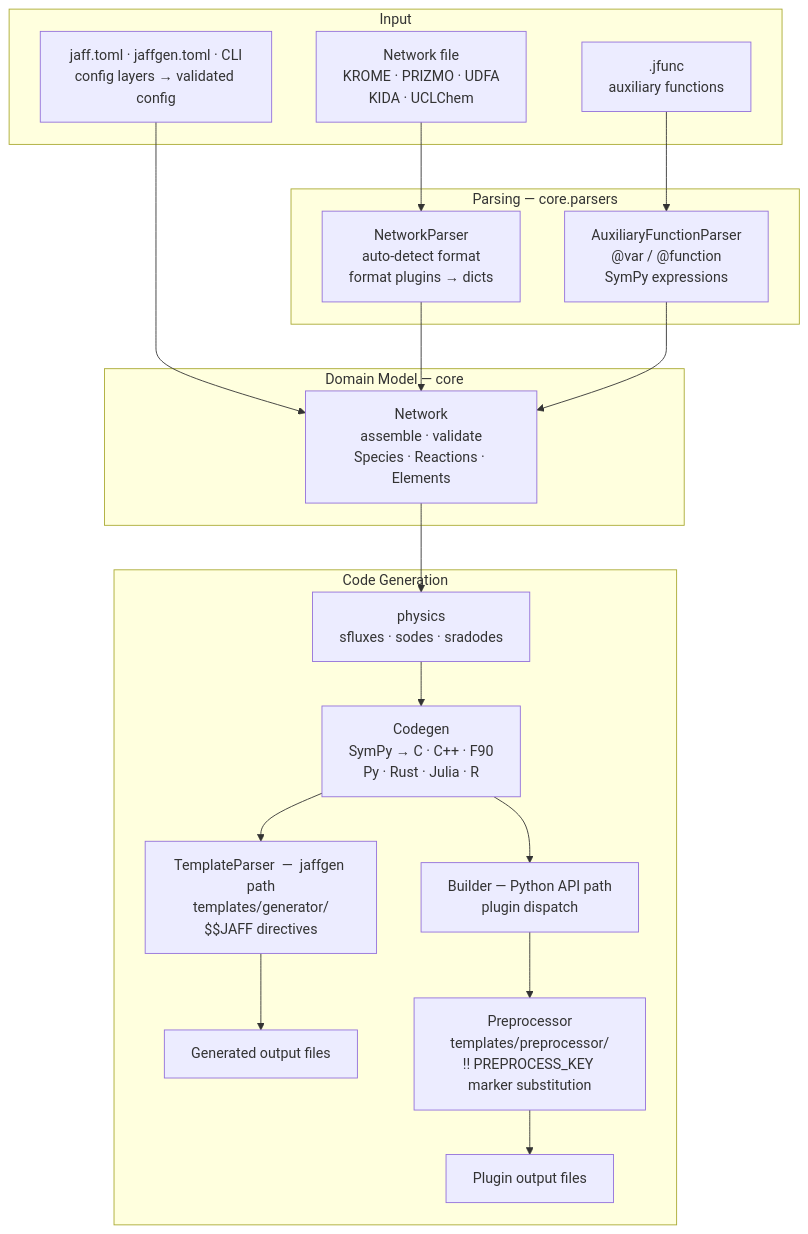
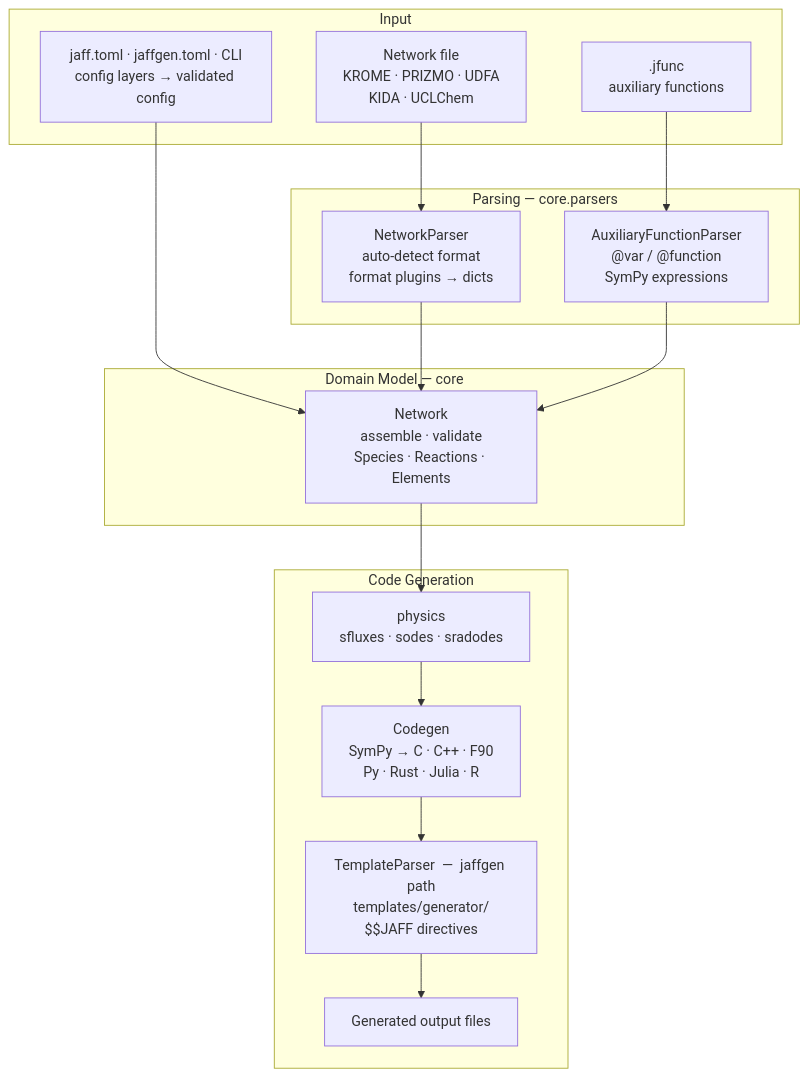
Before and after one commit to jaff-chemistry/jaff: the diagram in docs/development/codebase-structure.md, drawn with Mermaid. The commit also changed other lines of this file and 43 other files, not shown here.

Commit message:
Removed builder and preprocessor

````diff
--- a/docs/development/codebase-structure.md
+++ b/docs/development/codebase-structure.md
@@ -222,40 +214,36 @@
 ```mermaid
 %%{init: {"flowchart": {"useMaxWidth": false}}}%%
 flowchart TD
     subgraph input_sg ["Input"]
         NF["Network file\nKROME · PRIZMO · UDFA\nKIDA · UCLChem"]
         JF[".jfunc\nauxiliary functions"]
         CFG["jaff.toml · jaffgen.toml · CLI\nconfig layers → validated config"]
     end
 
     subgraph parse_sg ["Parsing  —  core.parsers"]
         NE["NetworkParser\nauto-detect format\nformat plugins → dicts"]
         AE["AuxiliaryFunctionParser\n@var / @function\nSymPy expressions"]
     end
 
     subgraph model_sg ["Domain Model  —  core"]
         NET["Network\nassemble · validate\nSpecies · Reactions · Elements"]
     end
 
     subgraph codegen_sg ["Code Generation"]
         EQ["physics\nsfluxes · sodes · sradodes"]
         CG["Codegen\nSymPy → C · C++ · F90\nPy · Rust · Julia · R"]
         TP["TemplateParser  —  jaffgen path\ntemplates/generator/\n$$JAFF directives"]
         OUT_G["Generated output files"]
-        BL["Builder  —  Python API path\nplugin dispatch"]
-        PP["Preprocessor\ntemplates/preprocessor/\n!! PREPROCESS_KEY marker substitution"]
-        OUT_B["Plugin output files"]
     end
 
     NF --> NE
     JF --> AE
     CFG --> NET
 
     NE --> NET
     AE --> NET
 
     NET --> EQ --> CG
 
     CG --> TP --> OUT_G
-    CG --> BL --> PP --> OUT_B
 ```
````
